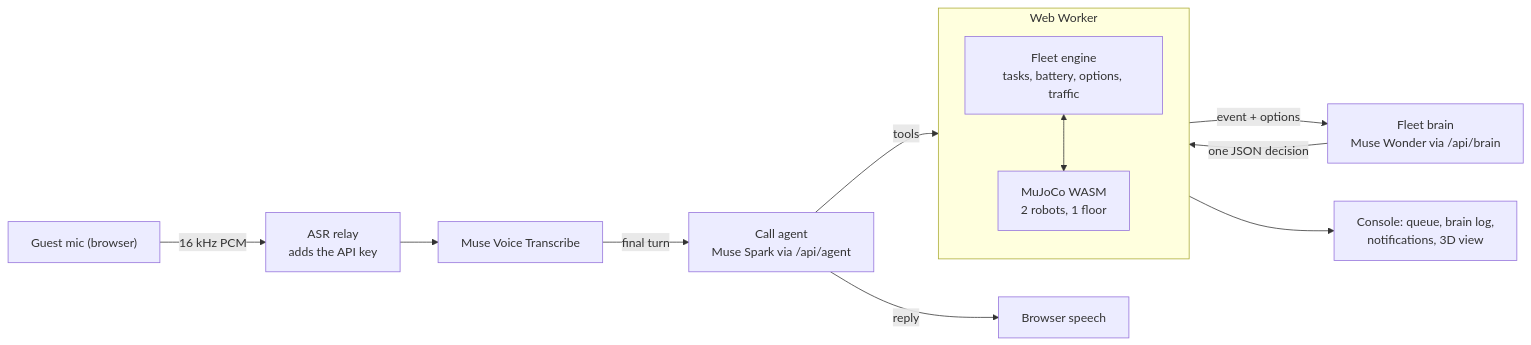
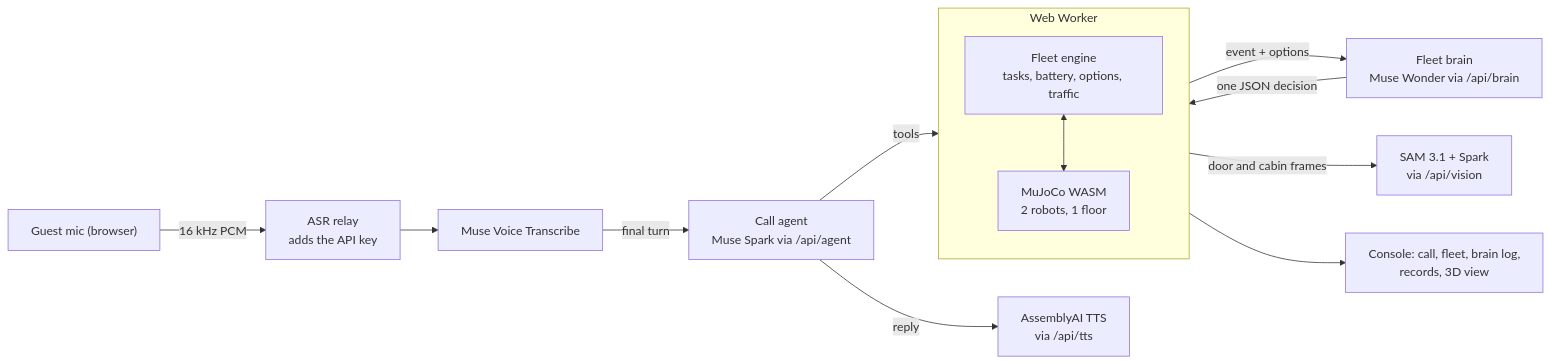
Before and after one commit to johnnytan5/MuseConcierge: the diagram in README.md, drawn with Mermaid. The commit also changed other lines of this file and 3 other files, not shown here.

````diff
--- a/README.md
+++ b/README.md
@@ -72,14 +63,15 @@
 ```mermaid
 flowchart LR
   Mic["Guest mic (browser)"] -->|16 kHz PCM| Relay["ASR relay<br/>adds the API key"]
   Relay --> MVT["Muse Voice Transcribe"]
   MVT -->|final turn| Agent["Call agent<br/>Muse Spark via /api/agent"]
   Agent -->|tools| Worker
-  Agent -->|reply| TTS["Browser speech"]
+  Agent -->|reply| TTS["AssemblyAI TTS<br/>via /api/tts"]
   subgraph Worker["Web Worker"]
     Engine["Fleet engine<br/>tasks, battery, options, traffic"] <--> Sim["MuJoCo WASM<br/>2 robots, 1 floor"]
   end
   Worker -->|event + options| Brain["Fleet brain<br/>Muse Wonder via /api/brain"]
   Brain -->|one JSON decision| Worker
-  Worker --> Console["Console: queue, brain log,<br/>notifications, 3D view"]
+  Worker -->|door and cabin frames| Vision["SAM 3.1 + Spark<br/>via /api/vision"]
+  Worker --> Console["Console: call, fleet, brain log,<br/>records, 3D view"]
 ```
````
